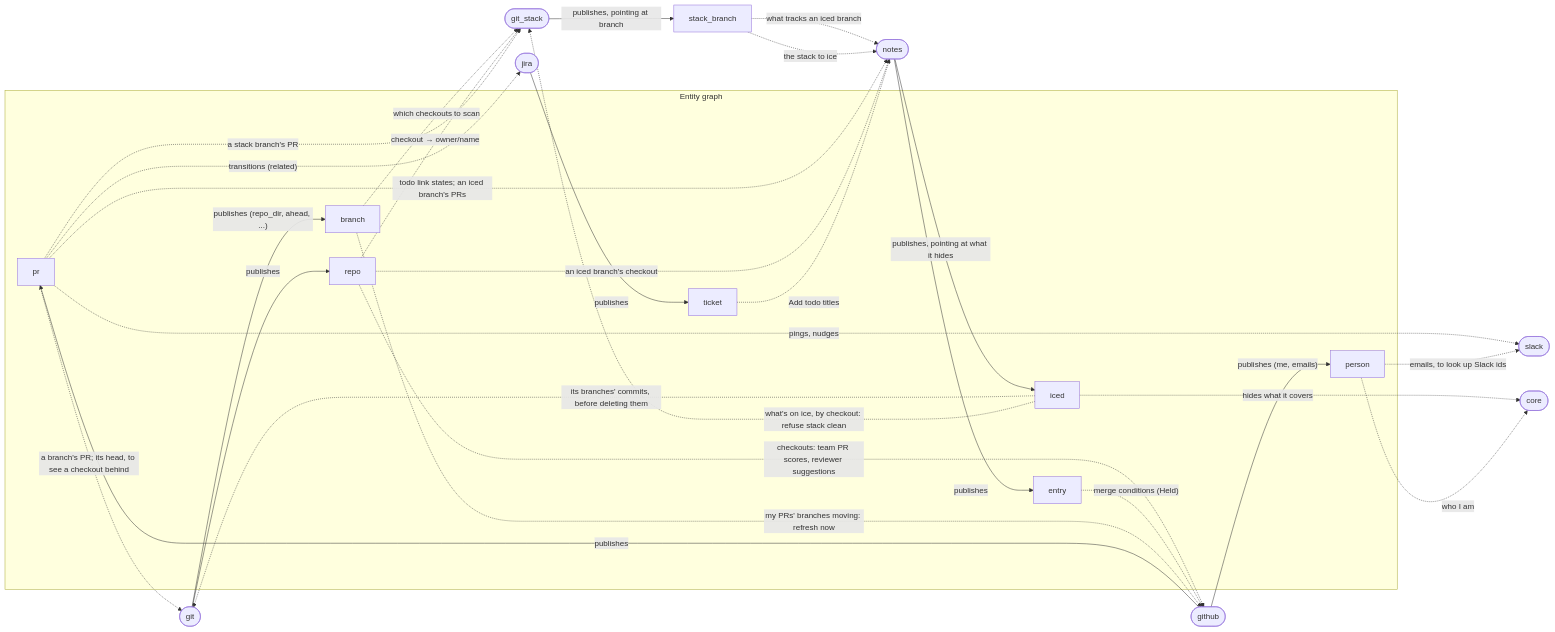
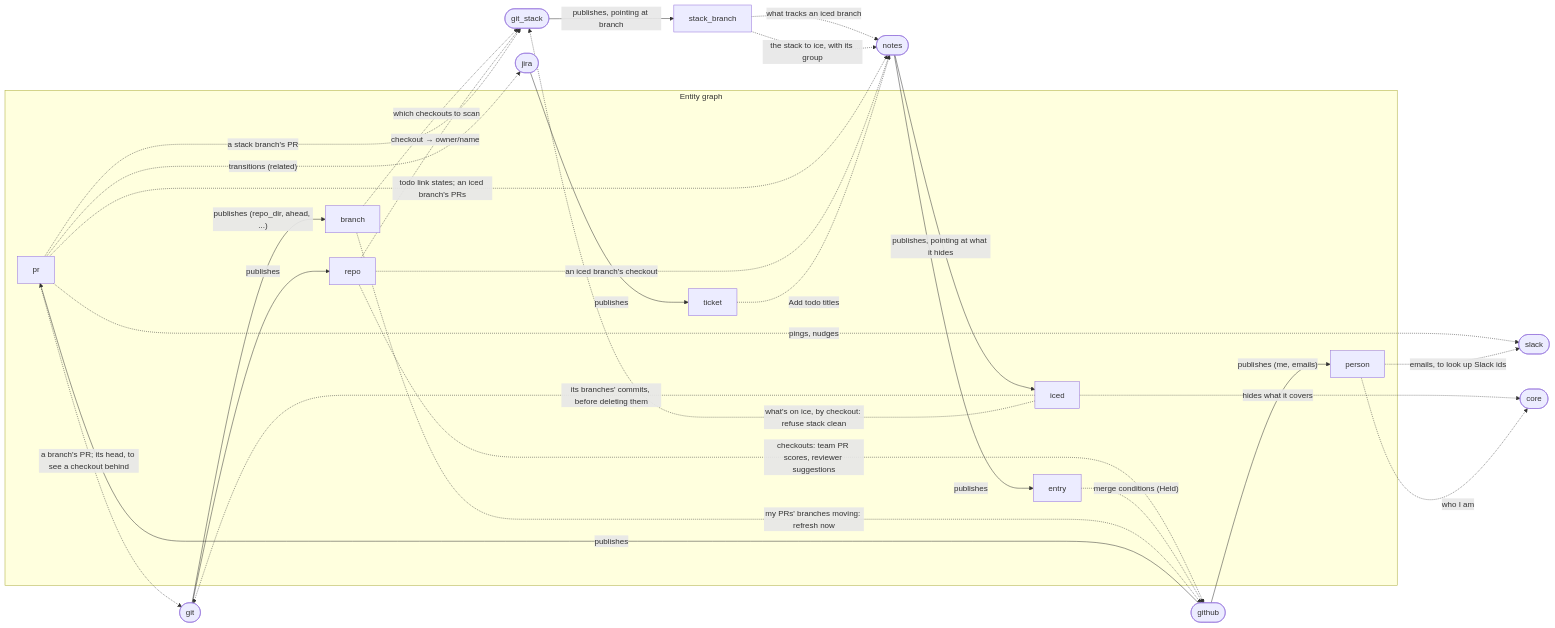
Before and after one commit to benekastah/move-forward: the first of 2 diagrams in docs/plugins.md, drawn with Mermaid. The commit also changed 4 other files, not shown here.

First line of the commit message:
Put a stack's whole git-stack group on ice, not just its stack

````diff
--- a/docs/plugins.md
+++ b/docs/plugins.md
@@ -17,41 +17,41 @@
 ```mermaid
 flowchart LR
     subgraph Graph["Entity graph"]
         pr[pr]
         person[person]
         repo[repo]
         branch[branch]
         ticket[ticket]
         entry[entry]
         ice[iced]
     end
 
     github([github]) -- publishes --> pr
     github -- "publishes (me, emails)" --> person
     git([git]) -- publishes --> repo
     git -- "publishes (repo_dir, ahead, ...)" --> branch
     git_stack([git_stack]) -- "publishes, pointing at branch" --> stack_branch[stack_branch]
     jira([jira]) -- publishes --> ticket
     notes([notes]) -- publishes --> entry
     notes -- "publishes, pointing at what it hides" --> ice
     ice -. "hides what it covers" .-> core([core])
 
     repo -. "checkouts: team PR scores, reviewer suggestions" .-> github
     entry -. "merge conditions (Held)" .-> github
     branch -. "my PRs' branches moving: refresh now" .-> github
     pr -. "a branch's PR; its head, to see a checkout behind" .-> git
     ice -. "its branches' commits, before deleting them" .-> git
     branch -. "which checkouts to scan" .-> git_stack
     repo -. "checkout → owner/name" .-> git_stack
     pr -. "a stack branch's PR" .-> git_stack
     ice -. "what's on ice, by checkout: refuse stack clean" .-> git_stack
     pr -. "transitions (related)" .-> jira
     pr -. "pings, nudges" .-> slack([slack])
     person -. "emails, to look up Slack ids" .-> slack
     pr -. "todo link states; an iced branch's PRs" .-> notes
     repo -. "an iced branch's checkout" .-> notes
     stack_branch -. "what tracks an iced branch" .-> notes
     ticket -. "Add todo titles" .-> notes
-    stack_branch -. "the stack to ice" .-> notes
+    stack_branch -. "the stack to ice, with its group" .-> notes
     person -. "who I am" .-> core([core])
 ```
````
